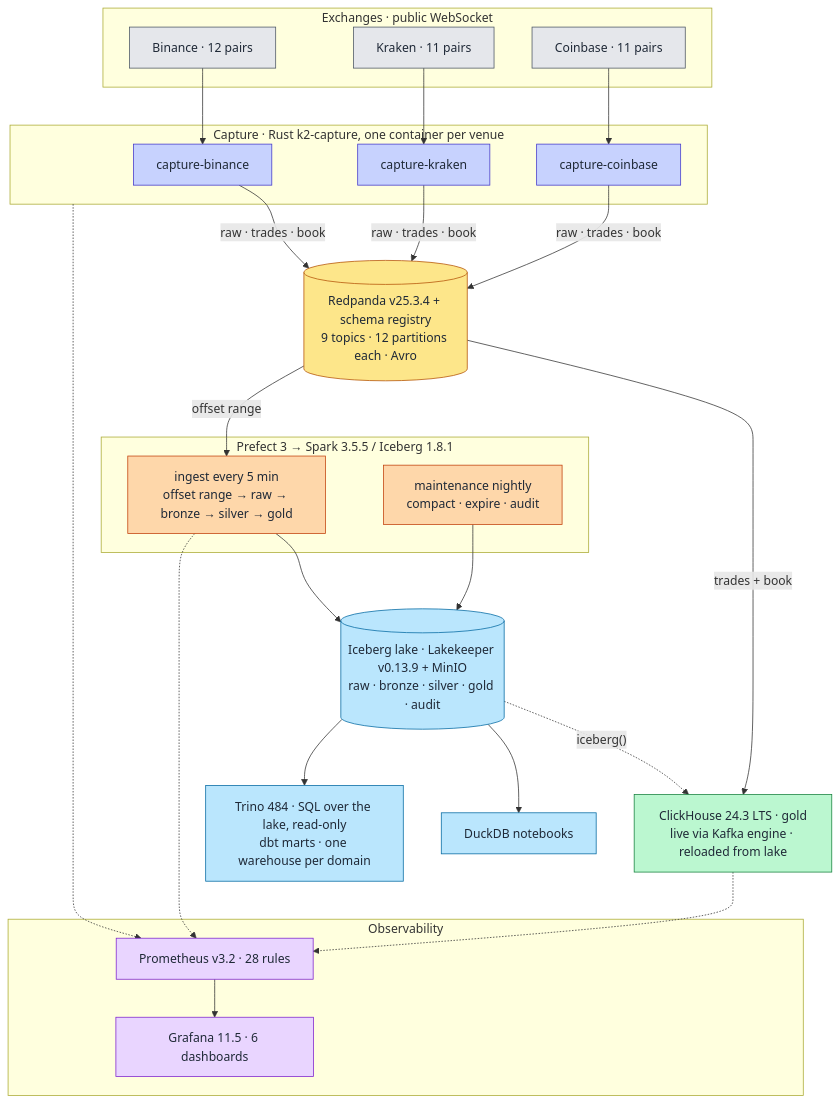
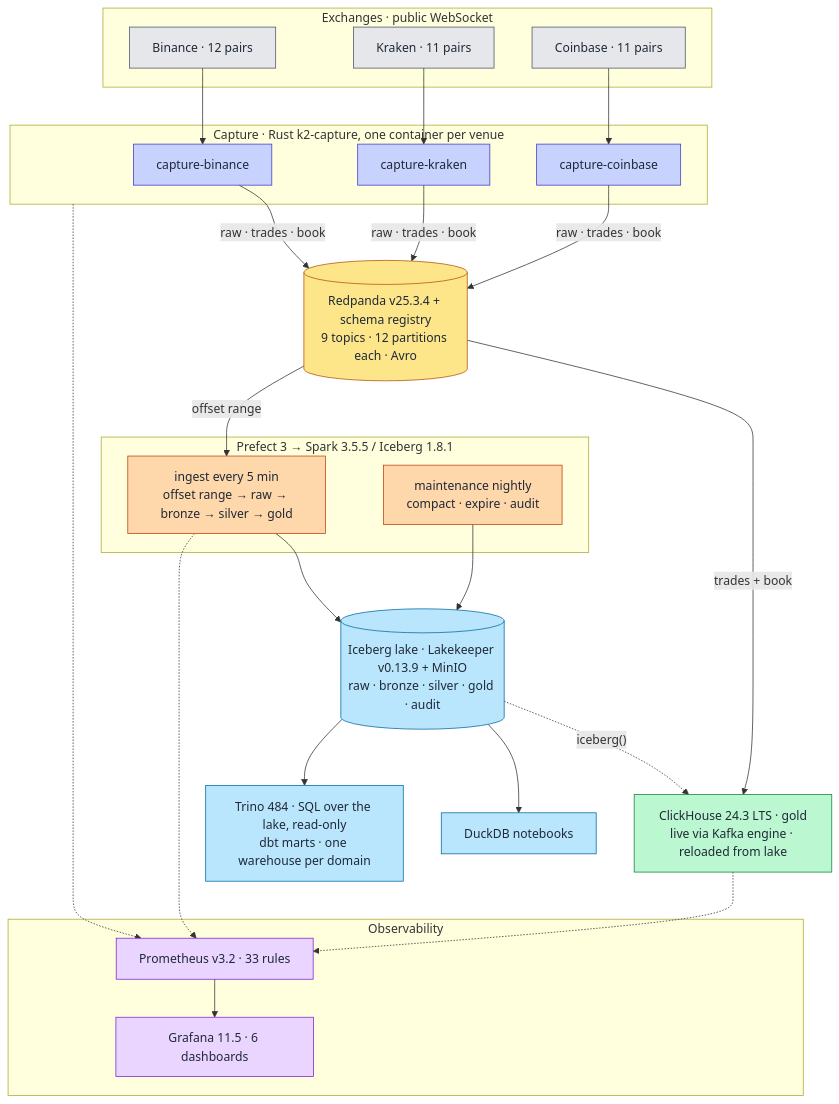
One commit to rjdscott/k2-market-data-platform changed the diagram in docs/architecture/04-system-overview.md. Above: the diagram before and after it, drawn with Mermaid. The commit also changed 16 other files, not shown here.

````diff
--- a/docs/architecture/04-system-overview.md
+++ b/docs/architecture/04-system-overview.md
@@ -28,53 +28,53 @@
 ```mermaid
 flowchart TB
     subgraph EX["Exchanges · public WebSocket"]
         BIN["Binance · 12 pairs"]
         KRK["Kraken · 11 pairs"]
         CBS["Coinbase · 11 pairs"]
     end
     subgraph CAP["Capture · Rust k2-capture, one container per venue"]
         FHB["capture-binance"]
         FHK["capture-kraken"]
         FHC["capture-coinbase"]
     end
     RP[("Redpanda v25.3.4 + schema registry<br/>9 topics · 12 partitions each · Avro")]
     subgraph BATCH["Prefect 3 → Spark 3.5.5 / Iceberg 1.8.1"]
         ING["ingest every 5 min<br/>offset range → raw → bronze → silver → gold"]
         MNT["maintenance nightly<br/>compact · expire · audit"]
     end
     ICE[("Iceberg lake · Lakekeeper v0.13.9 + MinIO<br/>raw · bronze · silver · gold · audit")]
     CH["ClickHouse 24.3 LTS · gold<br/>live via Kafka engine · reloaded from lake"]
     NB["DuckDB notebooks"]
     TR["Trino 484 · SQL over the lake, read-only<br/>dbt marts · one warehouse per domain"]
     subgraph OBS["Observability"]
-        PR["Prometheus v3.2 · 28 rules"]
+        PR["Prometheus v3.2 · 33 rules"]
         GR["Grafana 11.5 · 6 dashboards"]
     end
 
     BIN --> FHB
     KRK --> FHK
     CBS --> FHC
     FHB & FHK & FHC -->|"raw · trades · book"| RP
     RP -->|"trades + book"| CH
     RP -->|"offset range"| ING --> ICE
     MNT --> ICE
     ICE -.->|"iceberg()"| CH
     ICE --> NB
     ICE --> TR
     CAP & CH & ING -.-> PR --> GR
 
     classDef ex fill:#e5e7eb,stroke:#4b5563,color:#1f2937
     classDef rs fill:#c7d2fe,stroke:#4338ca,color:#1f2937
     classDef rp fill:#fde68a,stroke:#b45309,color:#1f2937
     classDef ch fill:#bbf7d0,stroke:#15803d,color:#1f2937
     classDef sp fill:#fed7aa,stroke:#c2410c,color:#1f2937
     classDef lk fill:#bae6fd,stroke:#0369a1,color:#1f2937
     classDef ob fill:#e9d5ff,stroke:#7e22ce,color:#1f2937
     class BIN,KRK,CBS ex
     class FHB,FHK,FHC rs
     class RP rp
     class CH ch
     class ING,MNT sp
     class ICE,NB,TR lk
     class PR,GR ob
 ```
````
